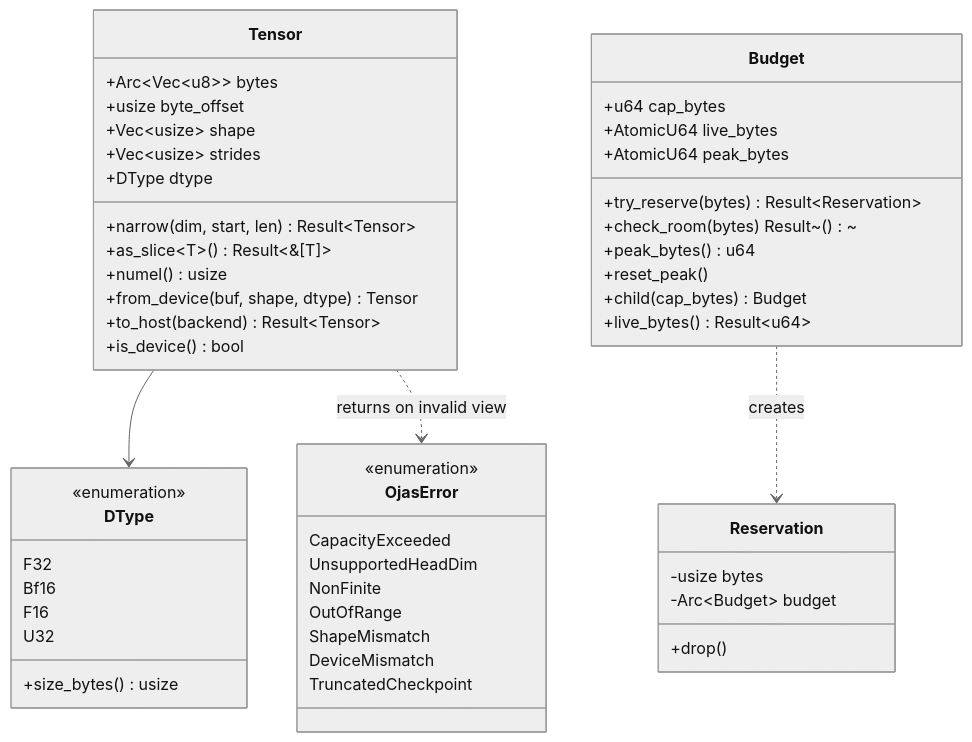
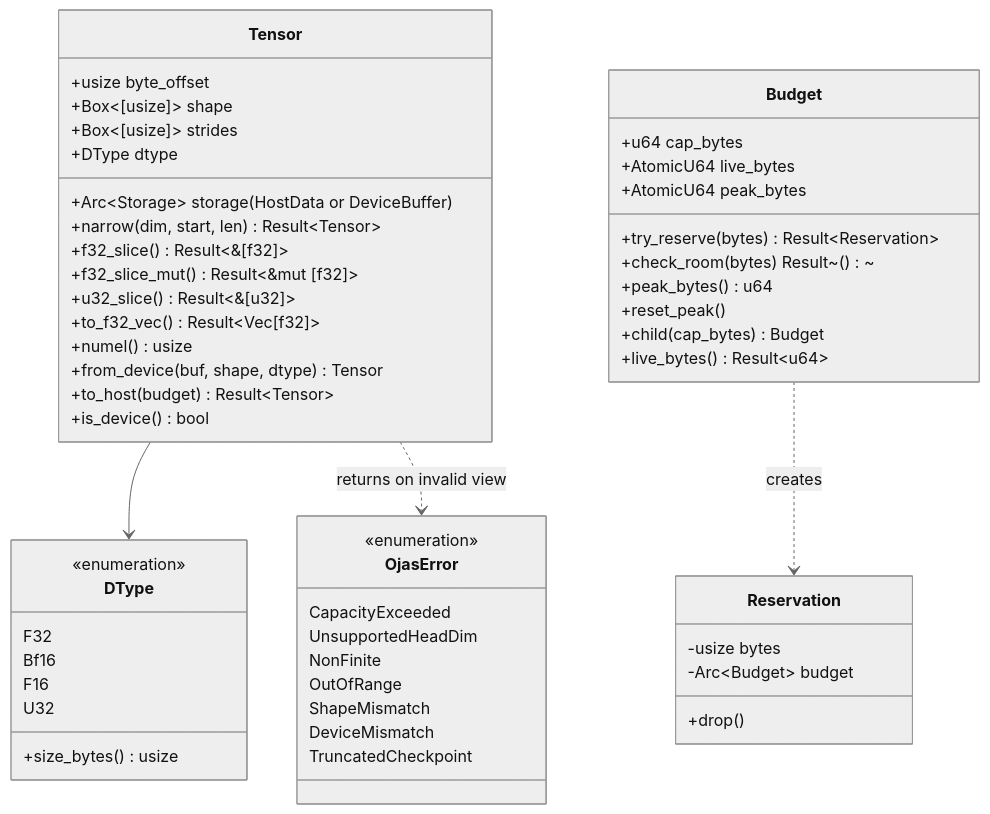
The first of 4 diagrams in ojas-core/README.md (bharathvbcr/ojas), drawn with Mermaid (neutral theme) before and after one commit. The commit also changed other lines of this file and 18 other files, not shown here.

````diff
--- a/ojas-core/README.md
+++ b/ojas-core/README.md
@@ -11,58 +11,61 @@
 ```mermaid
 classDiagram
     class Tensor {
-        +Arc~Vec~u8~~ bytes
+        +Arc~Storage~ storage (HostData or DeviceBuffer)
         +usize byte_offset
-        +Vec~usize~ shape
-        +Vec~usize~ strides
+        +Box~[usize]~ shape
+        +Box~[usize]~ strides
         +DType dtype
         +narrow(dim, start, len) Result~Tensor~
-        +as_slice~T~() Result~&[T]~
+        +f32_slice() Result~&[f32]~
+        +f32_slice_mut() Result~&mut [f32]~
+        +u32_slice() Result~&[u32]~
+        +to_f32_vec() Result~Vec[f32]~
         +numel() usize
         +from_device(buf, shape, dtype) Tensor
-        +to_host(backend) Result~Tensor~
+        +to_host(budget) Result~Tensor~
         +is_device() bool
     }
 
     class Budget {
         +u64 cap_bytes
         +AtomicU64 live_bytes
         +AtomicU64 peak_bytes
         +try_reserve(bytes) Result~Reservation~
         +check_room(bytes) Result~()~
         +peak_bytes() u64
         +reset_peak()
         +child(cap_bytes) Budget
         +live_bytes() Result~u64~
     }
 
     class Reservation {
         -usize bytes
         -Arc~Budget~ budget
         +drop()
     }
 
     class DType {
         <<enumeration>>
         F32
         Bf16
         F16
         U32
         +size_bytes() usize
     }
 
     class OjasError {
         <<enumeration>>
         CapacityExceeded
         UnsupportedHeadDim
         NonFinite
         OutOfRange
         ShapeMismatch
         DeviceMismatch
         TruncatedCheckpoint
     }
 
     Tensor --> DType
     Budget ..> Reservation : creates
     Tensor ..> OjasError : returns on invalid view
 ```
````
